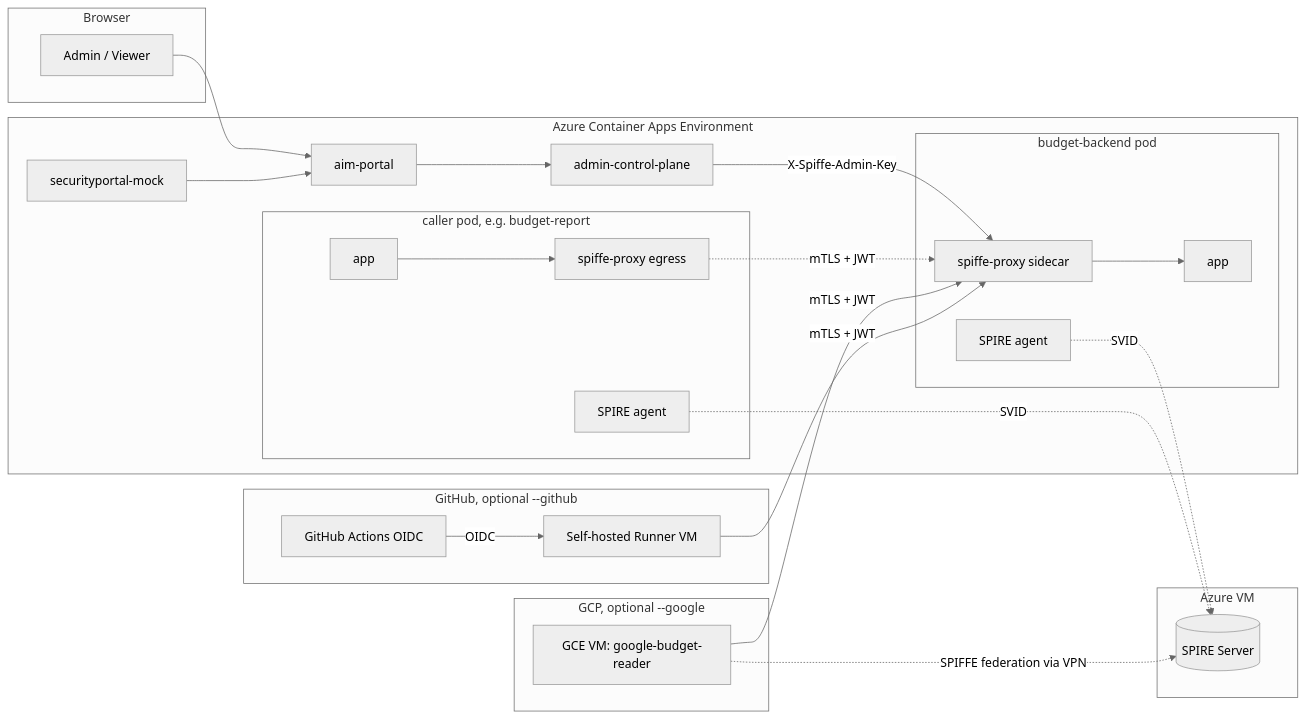
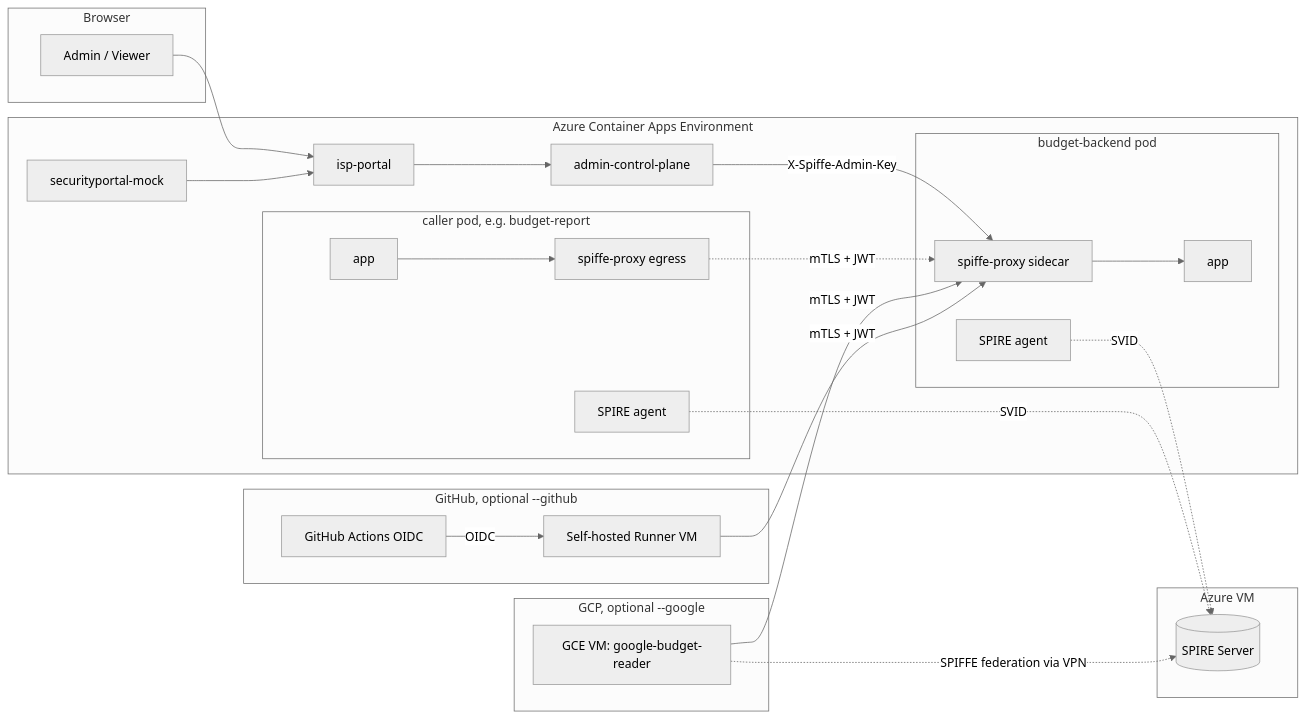
The first of 3 diagrams in README.md (microsoft/identity-spiffe), drawn with Mermaid (neutral theme) before and after one commit. The commit also changed other lines of this file and 66 other files, not shown here.

````diff
--- a/README.md
+++ b/README.md
@@ -33,50 +39,50 @@
 ```mermaid
 flowchart LR
     subgraph Browser
       U[Admin / Viewer]
     end
 
     subgraph ACA["Azure Container Apps Environment"]
-      Portal[aim-portal]
+      Portal[isp-portal]
       SP[securityportal-mock]
       ACP[admin-control-plane]
       subgraph BB["budget-backend pod"]
         BBAPP[app]
         BBSC[spiffe-proxy sidecar]
         BBAG[SPIRE agent]
       end
       subgraph CALLER["caller pod, e.g. budget-report"]
         CAPP[app]
         CSC[spiffe-proxy egress]
         CAG[SPIRE agent]
       end
     end
 
     subgraph VM["Azure VM"]
       SPIRE[(SPIRE Server)]
     end
 
     subgraph GCP["GCP, optional --google"]
       GCE[GCE VM: google-budget-reader]
     end
 
     subgraph GH["GitHub, optional --github"]
       RUNNER[Self-hosted Runner VM]
       GHA[GitHub Actions OIDC]
     end
 
     U --> Portal
     Portal --> ACP
     ACP -->|X-Spiffe-Admin-Key| BBSC
     CAPP --> CSC
     CSC -.->|mTLS + JWT| BBSC
     BBSC --> BBAPP
     BBAG -.->|SVID| SPIRE
     CAG -.->|SVID| SPIRE
 
     GCE -.->|SPIFFE federation via VPN| SPIRE
     GCE -->|mTLS + JWT| BBSC
     GHA -->|OIDC| RUNNER
     RUNNER -->|mTLS + JWT| BBSC
     SP --> Portal
 ```
````
